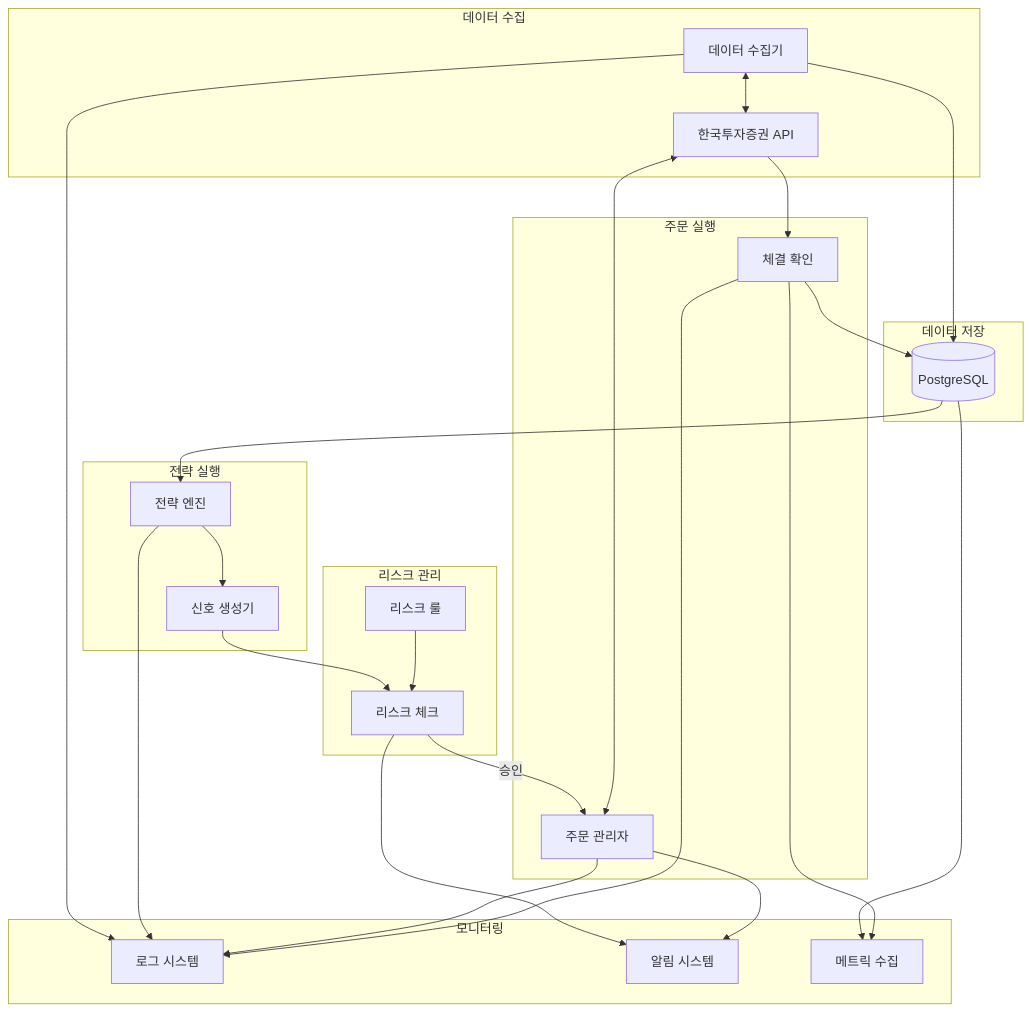
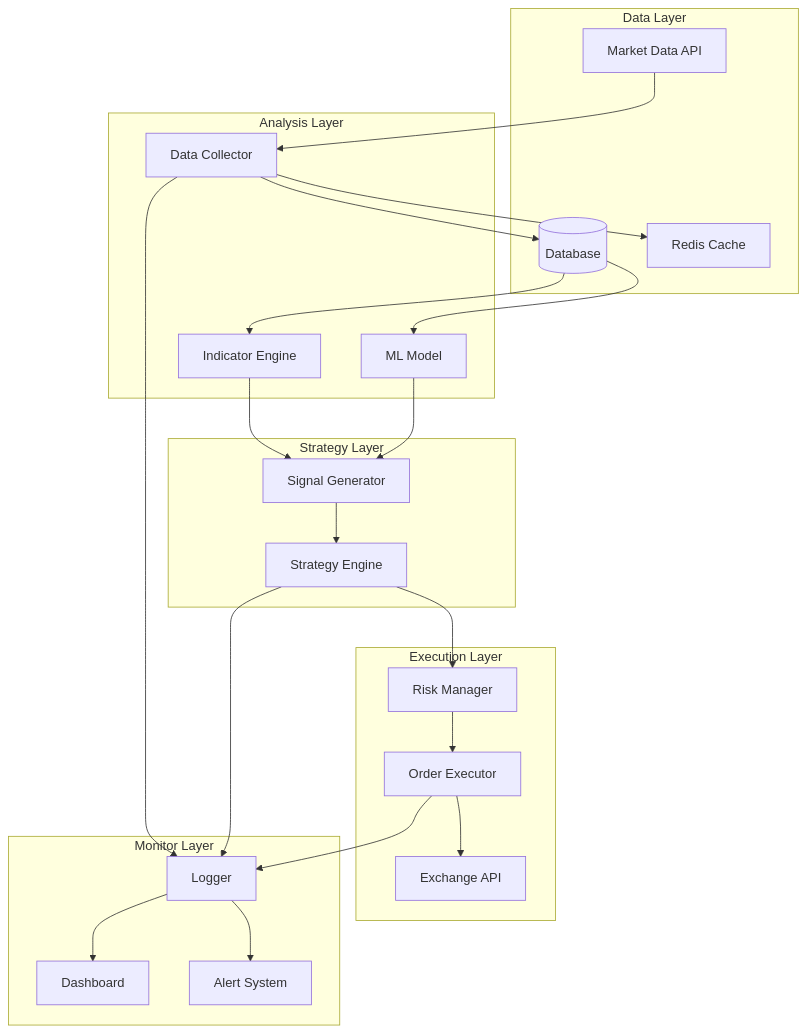
The third of 3 diagrams in README.md (smk692/auto-trading-system), drawn with Mermaid before and after one commit. The commit also changed other lines of this file, not shown here.

````diff
--- a/README.md
+++ b/README.md
@@ -19,53 +216,51 @@
 ```mermaid
 graph TB
-    subgraph "데이터 수집"
-        DS[데이터 수집기]
-        API[한국투자증권 API]
-        DS <--> API
+    subgraph "Data Layer"
+        MKT[Market Data API]
+        DB[(Database)]
+        CACHE[Redis Cache]
     end
 
-    subgraph "데이터 저장"
-        DB[(PostgreSQL)]
-        DS --> DB
+    subgraph "Analysis Layer"
+        COL[Data Collector]
+        IND[Indicator Engine]
+        ML[ML Model]
     end
 
-    subgraph "전략 실행"
-        STR[전략 엔진]
-        SIG[신호 생성기]
-        DB --> STR
-        STR --> SIG
+    subgraph "Strategy Layer"
+        STRAT[Strategy Engine]
+        SIG[Signal Generator]
     end
 
-    subgraph "리스크 관리"
-        RISK[리스크 체크]
-        RULE[리스크 룰]
-        SIG --> RISK
-        RULE --> RISK
+    subgraph "Execution Layer"
+        RISK[Risk Manager]
+        EXEC[Order Executor]
+        EX[Exchange API]
     end
 
-    subgraph "주문 실행"
-        ORD[주문 관리자]
-        EXEC[체결 확인]
-        RISK -->|승인| ORD
-        ORD <--> API
-        API --> EXEC
-        EXEC --> DB
+    subgraph "Monitor Layer"
+        LOG[Logger]
+        DASH[Dashboard]
+        ALERT[Alert System]
     end
 
-    subgraph "모니터링"
-        LOG[로그 시스템]
-        ALERT[알림 시스템]
-        METRIC[메트릭 수집]
+    MKT --> COL
+    COL --> DB
+    COL --> CACHE
 
-        DS --> LOG
-        STR --> LOG
-        ORD --> LOG
-        EXEC --> LOG
+    DB --> IND
+    DB --> ML
+    IND --> SIG
+    ML --> SIG
 
-        RISK --> ALERT
-        ORD --> ALERT
+    SIG --> STRAT
+    STRAT --> RISK
+    RISK --> EXEC
+    EXEC --> EX
 
-        DB --> METRIC
-        EXEC --> METRIC
-    end
+    COL --> LOG
+    STRAT --> LOG
+    EXEC --> LOG
+    LOG --> DASH
+    LOG --> ALERT
 ```
````
